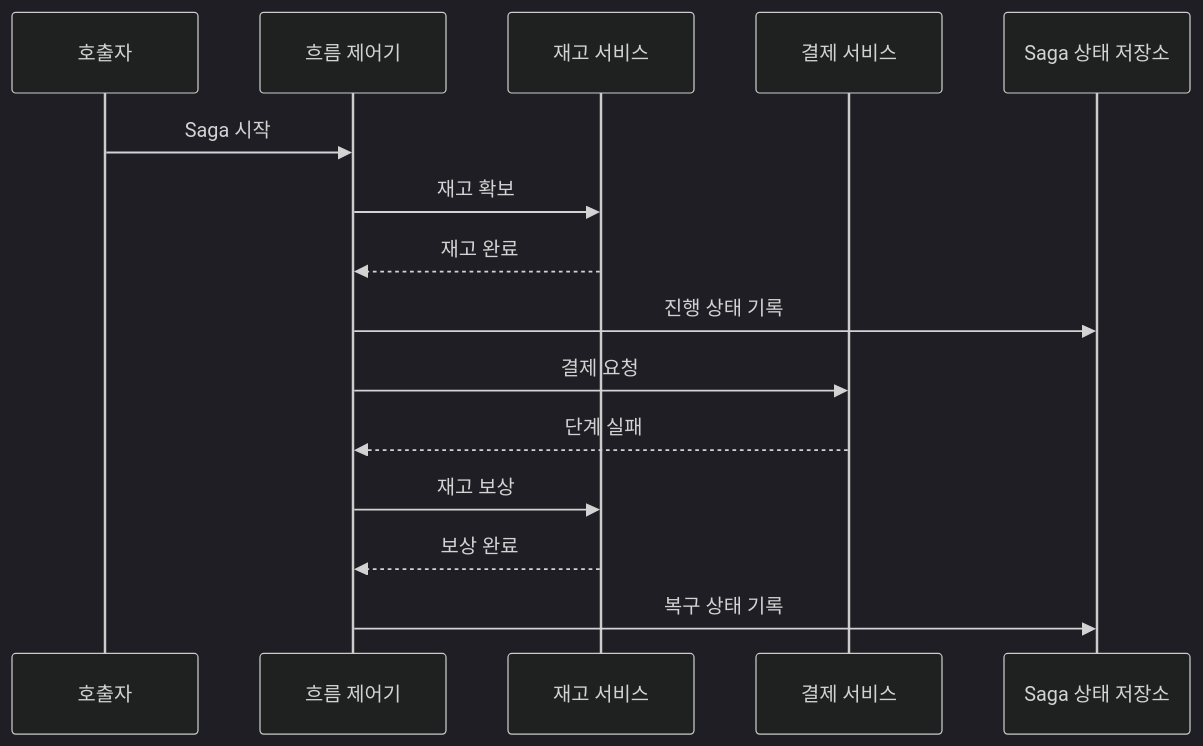
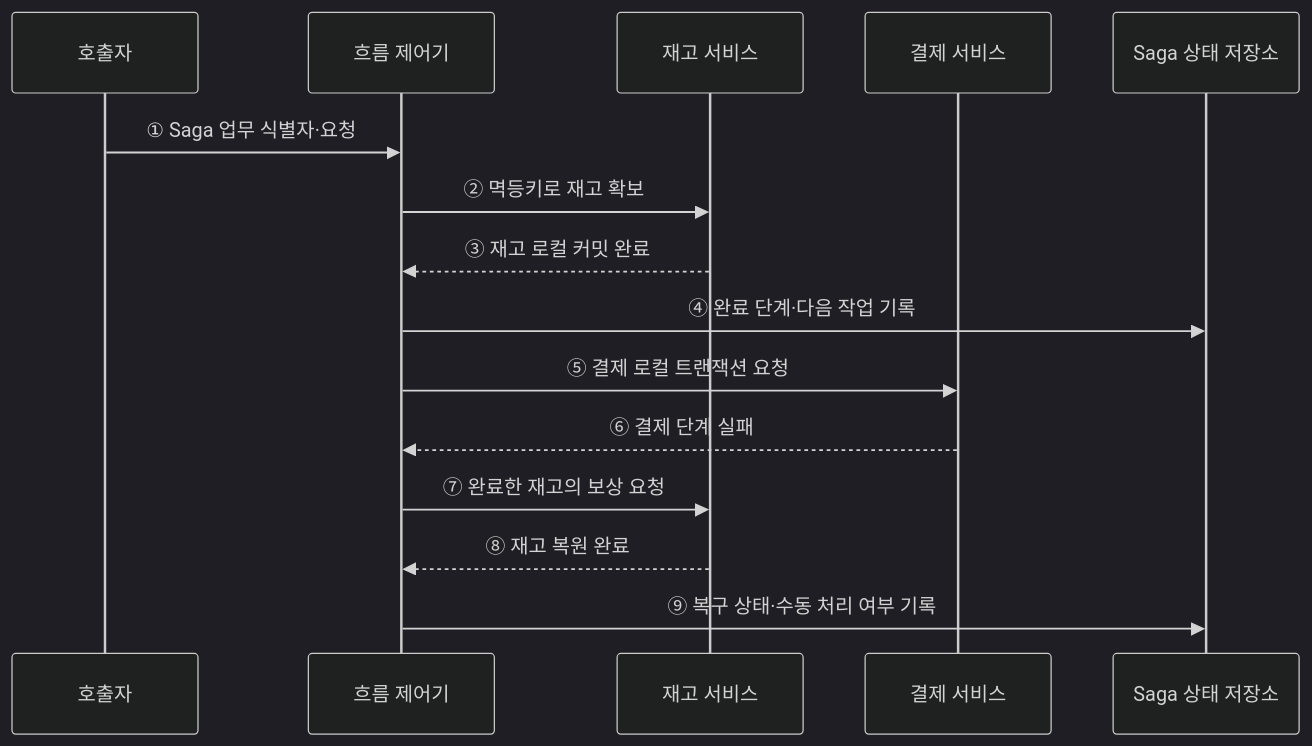
The second of 2 diagrams in src/content/docs/notes/03-software/044_saga_pattern.md (agnusdei1207/knowledge-base), drawn with Mermaid (dark theme) before and after one commit. The commit also changed other lines of this file and 20 other files, not shown here.

````diff
--- a/src/content/docs/notes/03-software/044_saga_pattern.md
+++ b/src/content/docs/notes/03-software/044_saga_pattern.md
@@ -93,17 +84,17 @@
 ```mermaid
 sequenceDiagram
     participant C as 호출자
     participant F as 흐름 제어기
     participant I as 재고 서비스
     participant P as 결제 서비스
     participant S as Saga 상태 저장소
-    C->>F: Saga 시작
-    F->>I: 재고 확보
-    I-->>F: 재고 완료
-    F->>S: 진행 상태 기록
-    F->>P: 결제 요청
-    P-->>F: 단계 실패
-    F->>I: 재고 보상
-    I-->>F: 보상 완료
-    F->>S: 복구 상태 기록
+    C->>F: ① Saga 업무 식별자·요청
+    F->>I: ② 멱등키로 재고 확보
+    I-->>F: ③ 재고 로컬 커밋 완료
+    F->>S: ④ 완료 단계·다음 작업 기록
+    F->>P: ⑤ 결제 로컬 트랜잭션 요청
+    P-->>F: ⑥ 결제 단계 실패
+    F->>I: ⑦ 완료한 재고의 보상 요청
+    I-->>F: ⑧ 재고 복원 완료
+    F->>S: ⑨ 복구 상태·수동 처리 여부 기록
 ```
````
